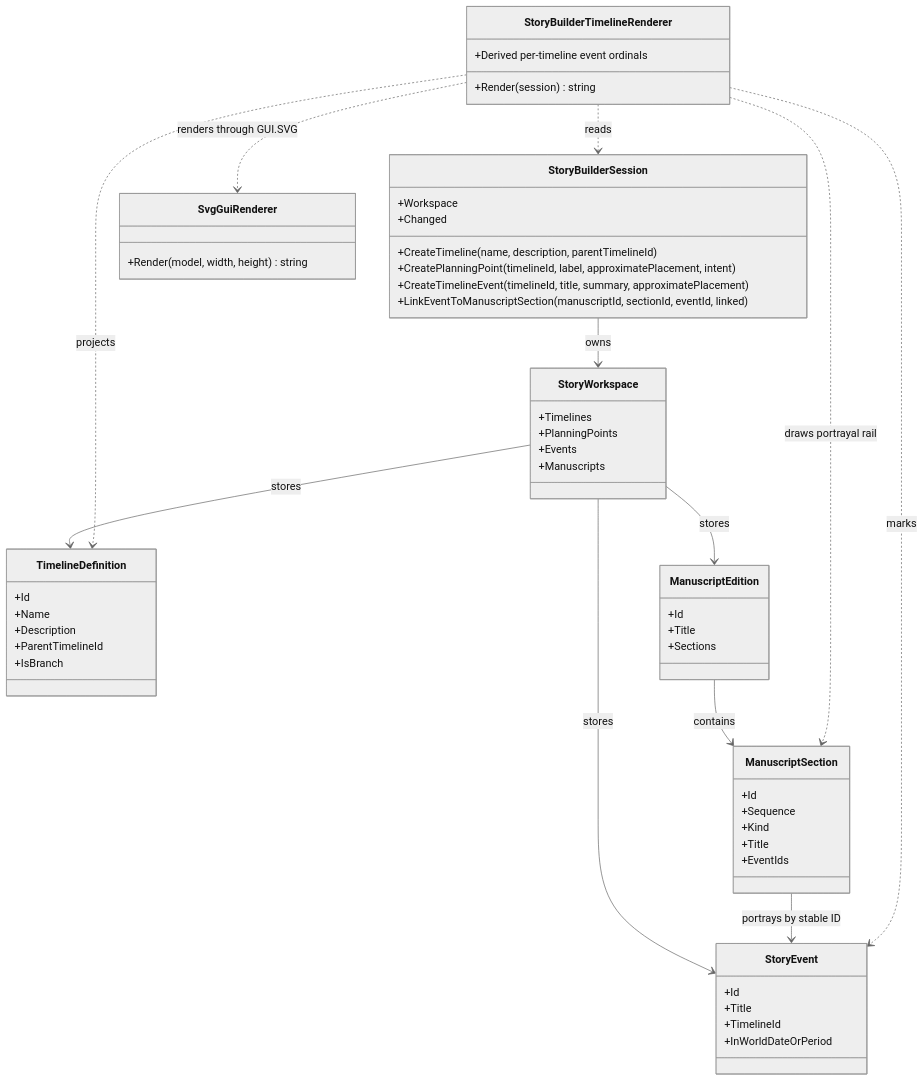
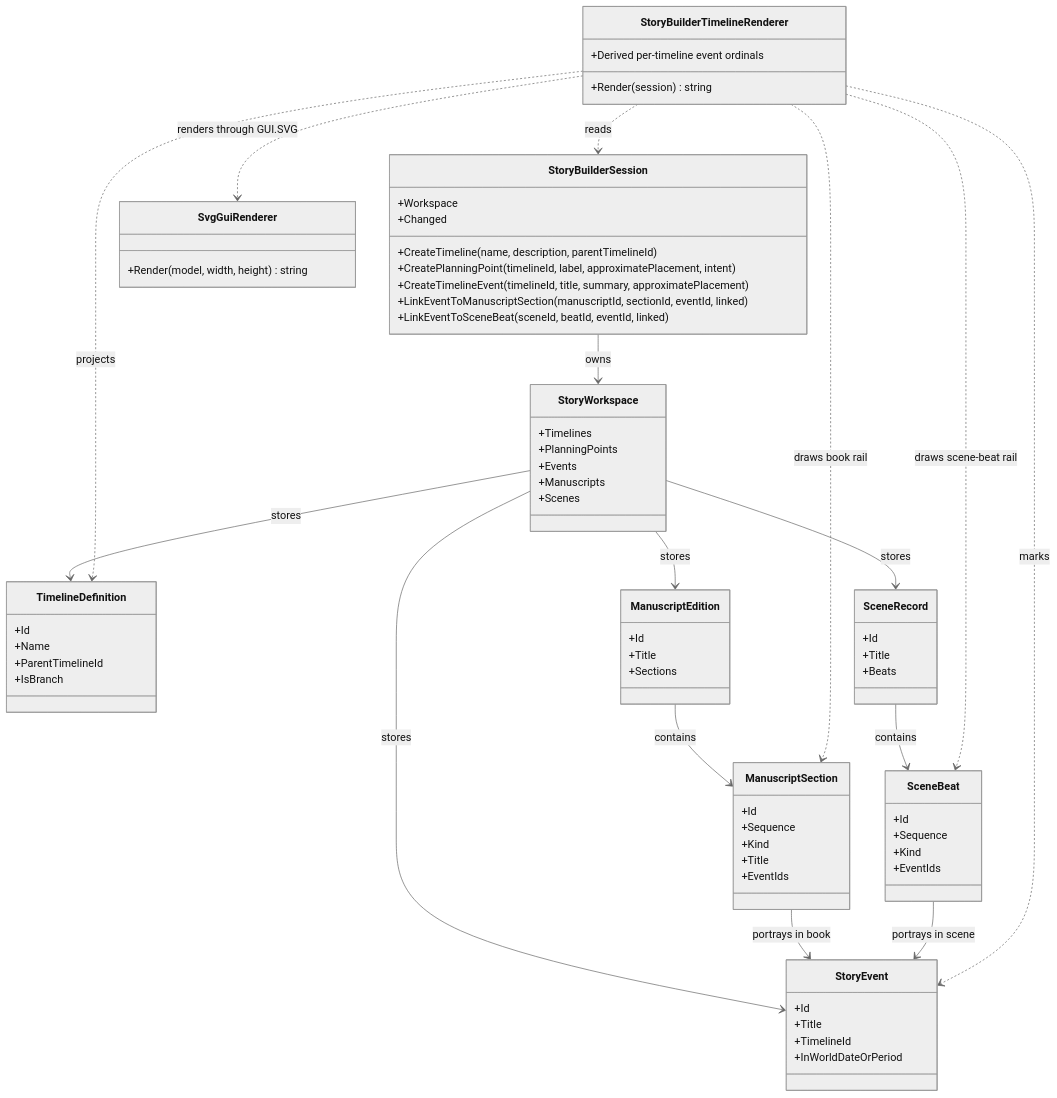
One commit to TrentBest/StoryBuilder changed the diagram in docs/UML/StoryBuilderTimelineRendererUML.md. Above: the diagram before and after it, drawn with Mermaid (neutral theme). The commit also changed other lines of this file and 16 other files, not shown here.

Commit message:
Connect timeline events to individual scene beats

````diff
--- a/docs/UML/StoryBuilderTimelineRendererUML.md
+++ b/docs/UML/StoryBuilderTimelineRendererUML.md
@@ -5,60 +5,76 @@
 ```mermaid
 classDiagram
     class StoryBuilderSession {
         +Workspace
         +CreateTimeline(name, description, parentTimelineId)
         +CreatePlanningPoint(timelineId, label, approximatePlacement, intent)
         +CreateTimelineEvent(timelineId, title, summary, approximatePlacement)
         +LinkEventToManuscriptSection(manuscriptId, sectionId, eventId, linked)
+        +LinkEventToSceneBeat(sceneId, beatId, eventId, linked)
         +Changed
     }
     class StoryWorkspace {
         +Timelines
         +PlanningPoints
         +Events
         +Manuscripts
+        +Scenes
     }
     class TimelineDefinition {
         +Id
         +Name
-        +Description
         +ParentTimelineId
         +IsBranch
     }
     class StoryEvent {
         +Id
         +Title
         +TimelineId
         +InWorldDateOrPeriod
     }
     class ManuscriptEdition {
         +Id
         +Title
         +Sections
     }
     class ManuscriptSection {
         +Id
         +Sequence
         +Kind
         +Title
         +EventIds
     }
+    class SceneRecord {
+        +Id
+        +Title
+        +Beats
+    }
+    class SceneBeat {
+        +Id
+        +Sequence
+        +Kind
+        +EventIds
+    }
     class StoryBuilderTimelineRenderer {
         +Render(session) string
         +Derived per-timeline event ordinals
     }
     class SvgGuiRenderer {
         +Render(model, width, height) string
     }
     StoryBuilderSession --> StoryWorkspace : owns
     StoryWorkspace --> TimelineDefinition : stores
     StoryWorkspace --> StoryEvent : stores
     StoryWorkspace --> ManuscriptEdition : stores
+    StoryWorkspace --> SceneRecord : stores
     ManuscriptEdition --> ManuscriptSection : contains
-    ManuscriptSection --> StoryEvent : portrays by stable ID
+    ManuscriptSection --> StoryEvent : portrays in book
+    SceneRecord --> SceneBeat : contains
+    SceneBeat --> StoryEvent : portrays in scene
     StoryBuilderTimelineRenderer ..> StoryBuilderSession : reads
     StoryBuilderTimelineRenderer ..> SvgGuiRenderer : renders through GUI.SVG
     StoryBuilderTimelineRenderer ..> TimelineDefinition : projects
     StoryBuilderTimelineRenderer ..> StoryEvent : marks
-    StoryBuilderTimelineRenderer ..> ManuscriptSection : draws portrayal rail
+    StoryBuilderTimelineRenderer ..> ManuscriptSection : draws book rail
+    StoryBuilderTimelineRenderer ..> SceneBeat : draws scene-beat rail
 ```
````
